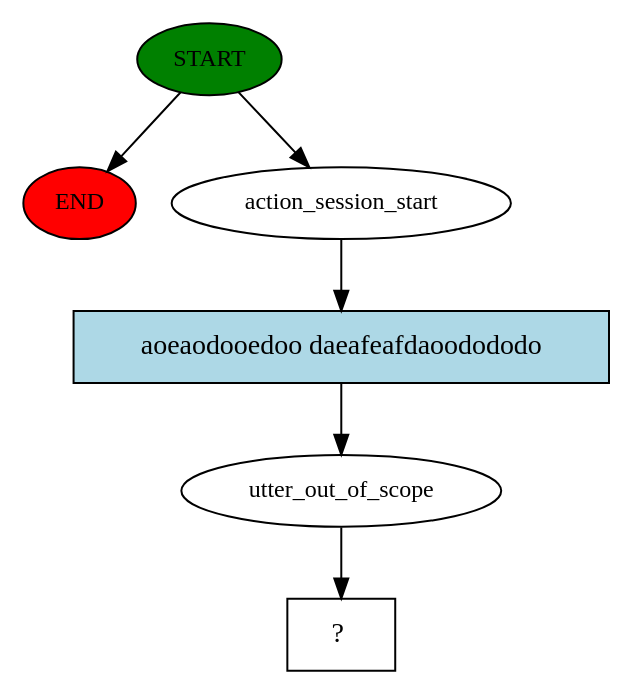
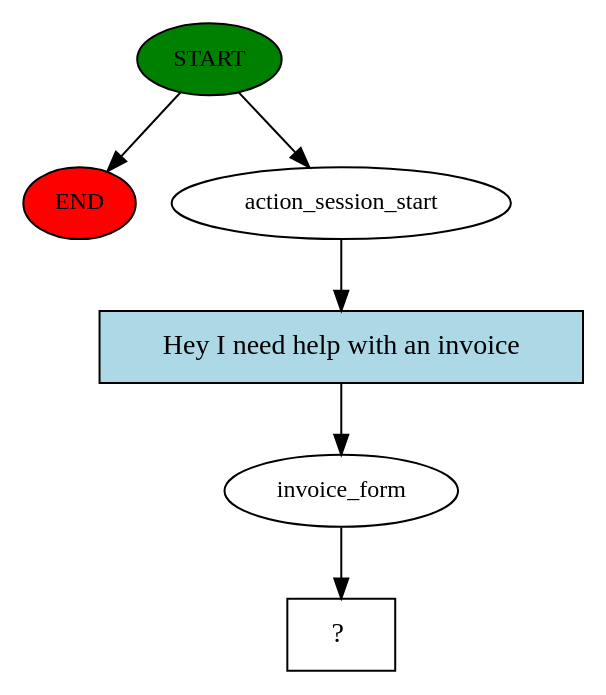
One commit to AhmedJ15/Solar-Energy-Chatbot changed the diagram in story_graph.dot. Above: the diagram before and after it, drawn with Graphviz. The commit also changed 6 other files, not shown here.

```diff
--- a/story_graph.dot
+++ b/story_graph.dot
@@ -1,13 +1,13 @@
 digraph  {
 0 [class="start active", fillcolor=green, fontsize=12, label=START, style=filled];
 "-1" [class=end, fillcolor=red, fontsize=12, label=END, style=filled];
 1 [class=active, fontsize=12, label=action_session_start];
-2 [class=active, fontsize=12, label=utter_out_of_scope];
+2 [class=active, fontsize=12, label=invoice_form];
 3 [class="intent dashed active", label="  ?  ", shape=rect];
-4 [class="intent active", fillcolor=lightblue, label="aoeaodooedoo daeafeafdaoodododo", shape=rect, style=filled];
+4 [class="intent active", fillcolor=lightblue, label="Hey I need help with an invoice", shape=rect, style=filled];
 0 -> "-1"  [class="", key=NONE, label=""];
 0 -> 1  [class=active, key=NONE, label=""];
 1 -> 4  [class=active, key=0];
 2 -> 3  [class=active, key=NONE, label=""];
 4 -> 2  [class=active, key=0];
 }
```
